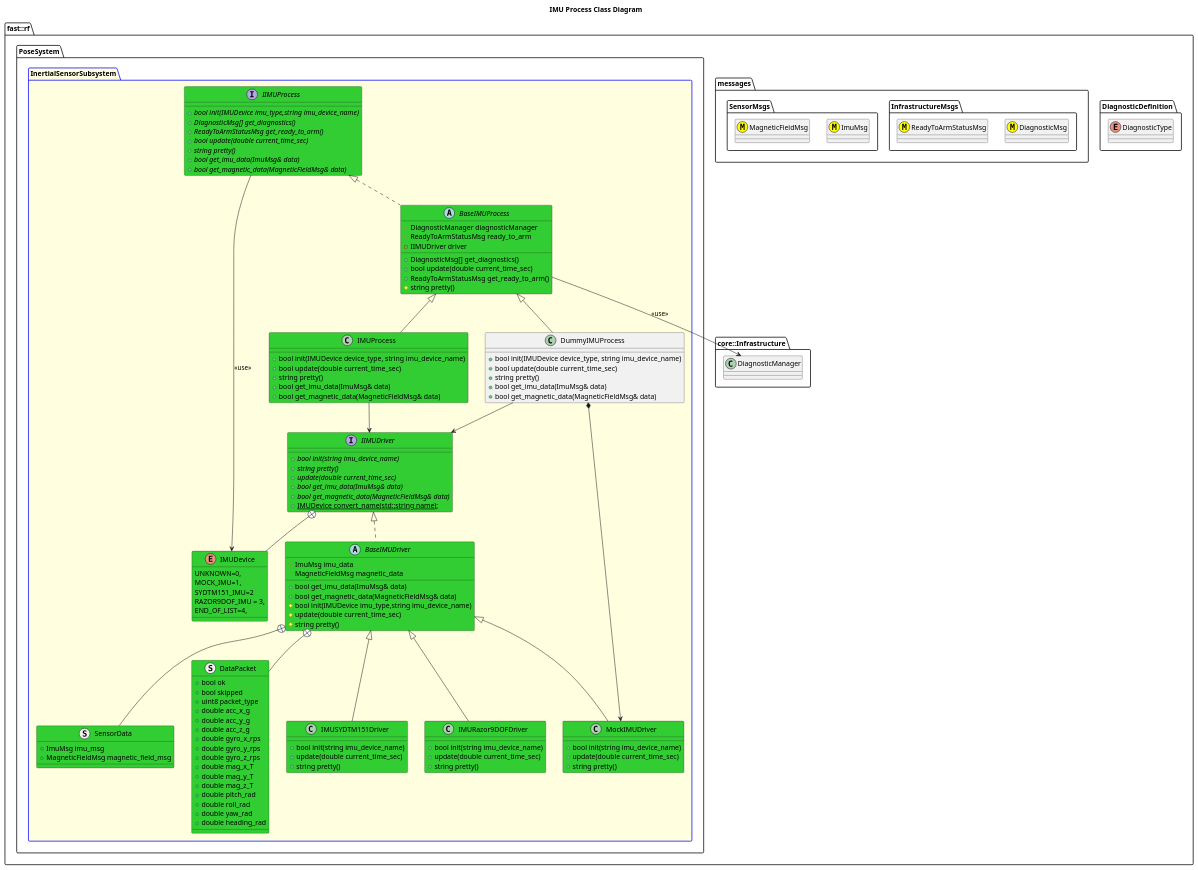
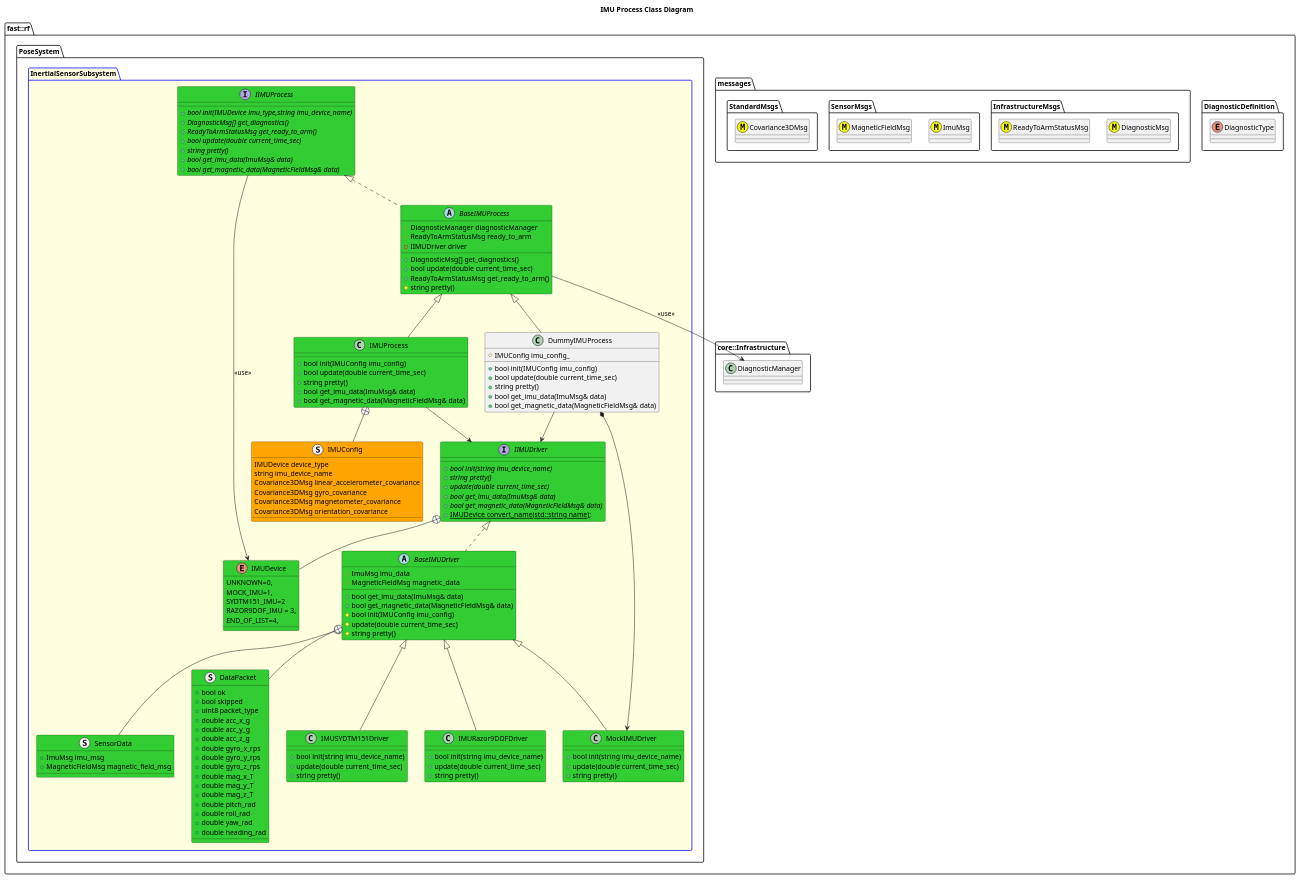
The diagram in Systems/Pose/Subsystems/InertialSensor/Processes/IMU/doc/puml/IMUProcessClassDiagram.puml (fastrobotics/robot_framework), drawn with PlantUML before and after one commit. The commit also changed 8 other files, not shown here.

```diff
--- a/Systems/Pose/Subsystems/InertialSensor/Processes/IMU/doc/puml/IMUProcessClassDiagram.puml
+++ b/Systems/Pose/Subsystems/InertialSensor/Processes/IMU/doc/puml/IMUProcessClassDiagram.puml
@@ -1,141 +1,154 @@
 @startuml
 title IMU Process Class Diagram
 
 namespace fast::rf {
   namespace DiagnosticDefinition {
     enum DiagnosticType
   }
   namespace messages {
     namespace InfrastructureMsgs {
       class DiagnosticMsg <<(M,#FFFF00)>>
       class ReadyToArmStatusMsg <<(M,#FFFF00)>>
     }
     namespace SensorMsgs {
       class ImuMsg <<(M,#FFFF00)>>
       class MagneticFieldMsg <<(M,#FFFF00)>>
+    }
+    namespace StandardMsgs {
+      class Covariance3DMsg <<(M,#FFFF00)>>
     }
   }
   namespace core::Infrastructure {
     class DiagnosticManager
   }
   namespace PoseSystem {
     package InertialSensorSubsystem #LightYellow;line:blue {
         interface IIMUProcess #LimeGreen {
           +{abstract} bool init(IMUDevice imu_type,string imu_device_name)
           +{abstract} DiagnosticMsg[] get_diagnostics()
           +{abstract} ReadyToArmStatusMsg get_ready_to_arm()
           +{abstract} bool update(double current_time_sec)
           +{abstract} string pretty()
           +{abstract} bool get_imu_data(ImuMsg& data)
           +{abstract} bool get_magnetic_data(MagneticFieldMsg& data)
         }
         IIMUProcess --> IMUDevice: <<use>>
         
         abstract BaseIMUProcess #LimeGreen {
           +DiagnosticMsg[] get_diagnostics()
           +bool update(double current_time_sec)
           +ReadyToArmStatusMsg get_ready_to_arm()
           #string pretty()
           #DiagnosticManager diagnosticManager
           #ReadyToArmStatusMsg ready_to_arm
           -IIMUDriver driver
 
         }
         BaseIMUProcess .up.|> IIMUProcess
         BaseIMUProcess --> DiagnosticManager: <<use>>
 
         enum IMUDevice #LimeGreen {
           UNKNOWN=0,
           MOCK_IMU=1,
           SYDTM151_IMU=2
           RAZOR9DOF_IMU = 3,
           END_OF_LIST=4,
         }
         interface IIMUDriver #LimeGreen {
           +{abstract} bool init(string imu_device_name)
           +{abstract} string pretty()
           +{abstract} update(double current_time_sec)
           +{abstract}  bool get_imu_data(ImuMsg& data)
           +{abstract} bool get_magnetic_data(MagneticFieldMsg& data)
           +{static} IMUDevice convert_name(std::string name);
         }
         IIMUDriver +-- IMUDevice
         struct SensorData #LimeGreen {
           +ImuMsg imu_msg
           +MagneticFieldMsg magnetic_field_msg
         }
         struct DataPacket #LimeGreen {
             +bool ok
             +bool skipped
             +uint8 packet_type
             +double acc_x_g
             +double acc_y_g
             +double acc_z_g
             +double gyro_x_rps
             +double gyro_y_rps
             +double gyro_z_rps
             +double mag_x_T
             +double mag_y_T
             +double mag_z_T
             +double pitch_rad
             +double roll_rad
             +double yaw_rad
             +double heading_rad
         }
         abstract BaseIMUDriver #LimeGreen {
           +bool get_imu_data(ImuMsg& data)
           +bool get_magnetic_data(MagneticFieldMsg& data)
-          #bool init(IMUDevice imu_type,string imu_device_name)
+          #bool init(IMUConfig imu_config)
           #update(double current_time_sec)
           #string pretty()
           #ImuMsg imu_data
           #MagneticFieldMsg magnetic_data
         }
         BaseIMUDriver .up.|> IIMUDriver
         BaseIMUDriver +-- SensorData
         BaseIMUDriver +-- DataPacket
 
         class MockIMUDriver #LimeGreen {
            +bool init(string imu_device_name)
            +update(double current_time_sec)
            +string pretty()
            
         }
         MockIMUDriver -up-|> BaseIMUDriver
 
         class IMUSYDTM151Driver #LimeGreen {
            +bool init(string imu_device_name)
            +update(double current_time_sec)
            +string pretty()
         }
         IMUSYDTM151Driver -up-|> BaseIMUDriver
         class IMURazor9DOFDriver #LimeGreen {
            +bool init(string imu_device_name)
            +update(double current_time_sec)
            +string pretty()
         }
         IMURazor9DOFDriver -up-|> BaseIMUDriver
         class IMUProcess #LimeGreen {
-          +bool init(IMUDevice device_type, string imu_device_name)
+          +bool init(IMUConfig imu_config)
           +bool update(double current_time_sec)
           +string pretty()
           +bool get_imu_data(ImuMsg& data)
           +bool get_magnetic_data(MagneticFieldMsg& data)
           
         }
+        struct IMUConfig #Orange {
+          IMUDevice device_type
+          string imu_device_name
+          Covariance3DMsg linear_accelerometer_covariance
+          Covariance3DMsg gyro_covariance
+          Covariance3DMsg magnetometer_covariance
+          Covariance3DMsg orientation_covariance
+        }
+        IMUProcess +-- IMUConfig
         IMUProcess -up-|> BaseIMUProcess
         IMUProcess --> IIMUDriver
         class DummyIMUProcess {
-          +bool init(IMUDevice device_type, string imu_device_name)
+          +bool init(IMUConfig imu_config)
           +bool update(double current_time_sec)
           +string pretty()
           +bool get_imu_data(ImuMsg& data)
           +bool get_magnetic_data(MagneticFieldMsg& data)
+          #IMUConfig imu_config_
         }
         DummyIMUProcess -up-|> BaseIMUProcess
         DummyIMUProcess --> IIMUDriver
         DummyIMUProcess *-> MockIMUDriver
     }
   }
 }
 @enduml
```
